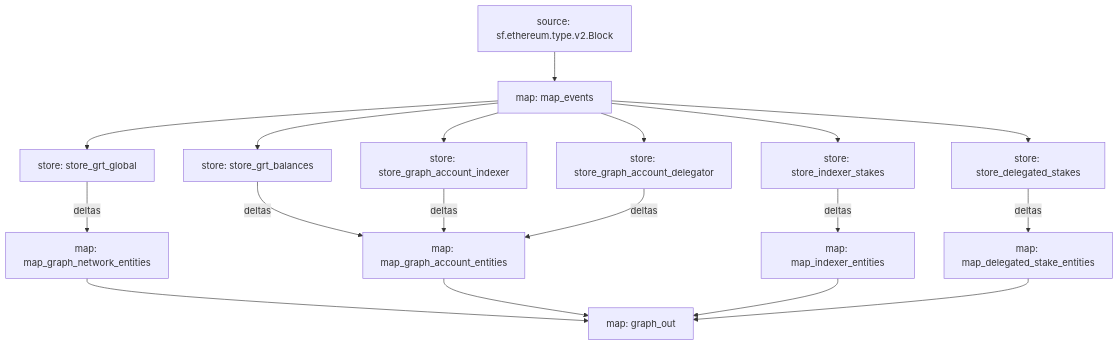
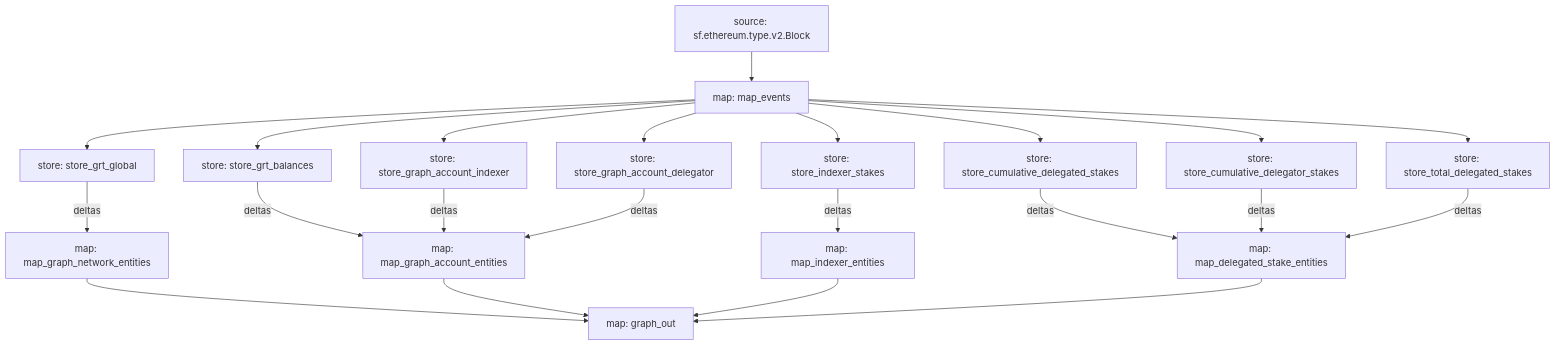
The diagram in README.md (graphops/graph-network-substreams), drawn with Mermaid before and after one commit.

Commit message:
feat: graph updated

````diff
--- a/README.md
+++ b/README.md
@@ -22,32 +22,39 @@
 ```mermaid
 graph TD;
   map_events[map: map_events]
   sf.ethereum.type.v2.Block[source: sf.ethereum.type.v2.Block] --> map_events
   store_grt_balances[store: store_grt_balances]
   map_events --> store_grt_balances
   store_grt_global[store: store_grt_global]
   map_events --> store_grt_global
   store_indexer_stakes[store: store_indexer_stakes]
   map_events --> store_indexer_stakes
   store_graph_account_indexer[store: store_graph_account_indexer]
   map_events --> store_graph_account_indexer
   store_graph_account_delegator[store: store_graph_account_delegator]
   map_events --> store_graph_account_delegator
-  store_delegated_stakes[store: store_delegated_stakes]
-  map_events --> store_delegated_stakes
+  store_cumulative_delegated_stakes[store: store_cumulative_delegated_stakes]
+  map_events --> store_cumulative_delegated_stakes
+  store_cumulative_delegator_stakes[store: store_cumulative_delegator_stakes]
+  map_events --> store_cumulative_delegator_stakes
+  store_total_delegated_stakes[store: store_total_delegated_stakes]
+  map_events --> store_total_delegated_stakes
   map_graph_network_entities[map: map_graph_network_entities]
   store_grt_global -- deltas --> map_graph_network_entities
   map_graph_account_entities[map: map_graph_account_entities]
   store_grt_balances -- deltas --> map_graph_account_entities
   store_graph_account_indexer -- deltas --> map_graph_account_entities
   store_graph_account_delegator -- deltas --> map_graph_account_entities
   map_indexer_entities[map: map_indexer_entities]
   store_indexer_stakes -- deltas --> map_indexer_entities
   map_delegated_stake_entities[map: map_delegated_stake_entities]
-  store_delegated_stakes -- deltas --> map_delegated_stake_entities
+  store_cumulative_delegated_stakes -- deltas --> map_delegated_stake_entities
+  store_cumulative_delegator_stakes -- deltas --> map_delegated_stake_entities
+  store_total_delegated_stakes -- deltas --> map_delegated_stake_entities
   graph_out[map: graph_out]
   map_graph_network_entities --> graph_out
   map_graph_account_entities --> graph_out
   map_indexer_entities --> graph_out
   map_delegated_stake_entities --> graph_out
+
 ```
````
